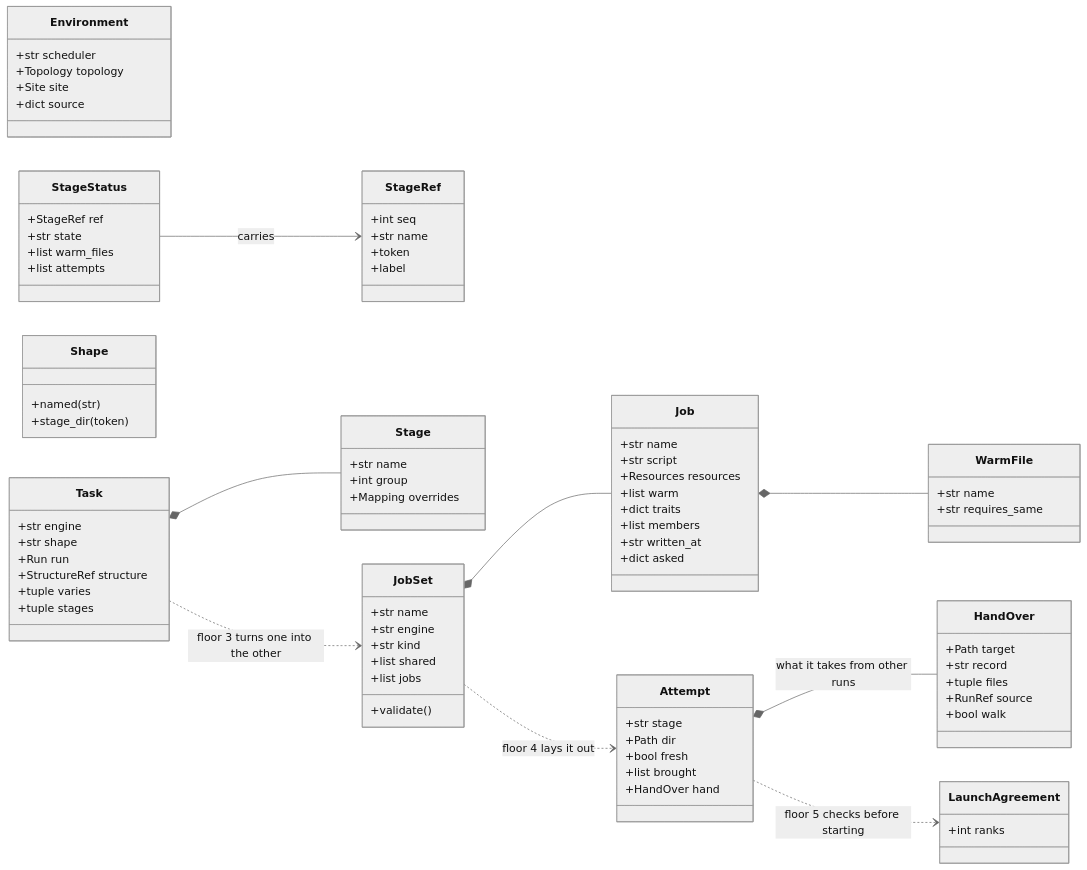
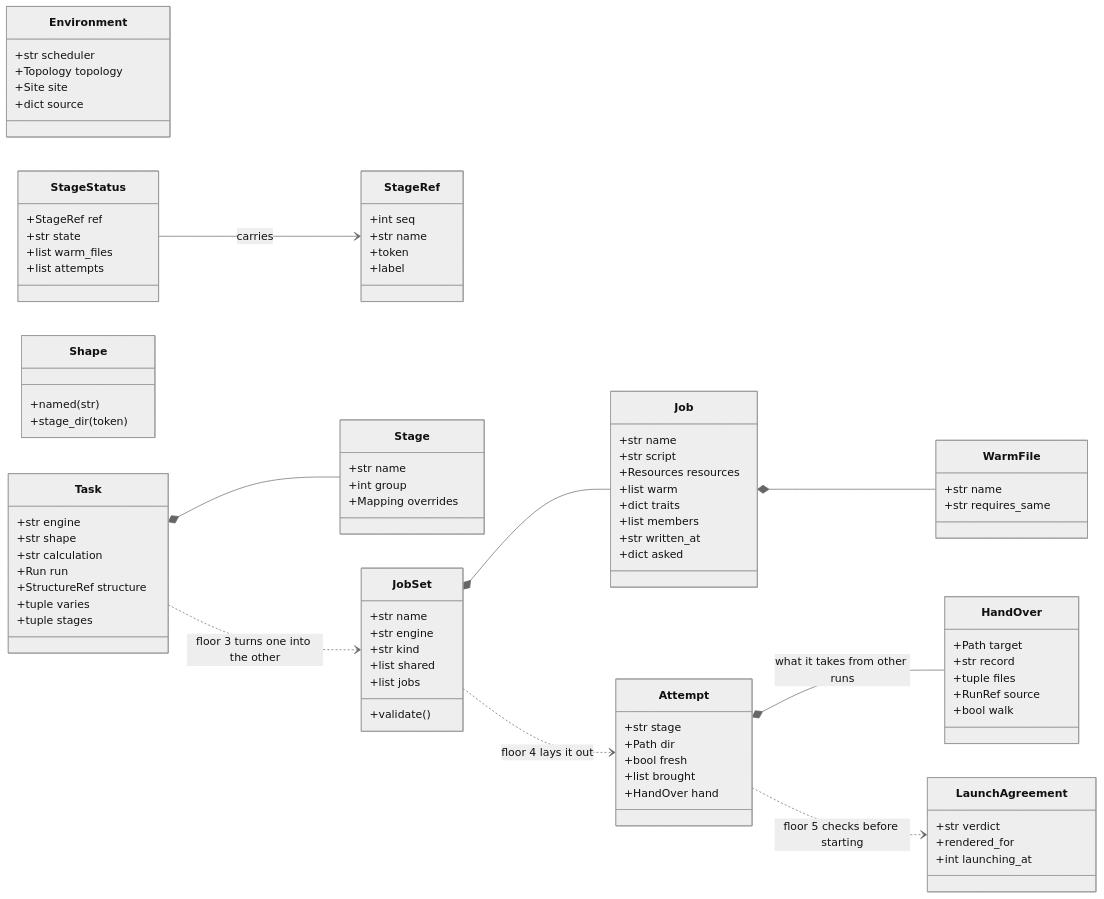
One commit to Qing-LAB/molbuilder changed the third of 10 diagrams in docs/execution/architecture.md. Above: the diagram before and after it, drawn with Mermaid (neutral theme). The commit also changed other lines of this file and 54 other files, not shown here.

```diff
--- a/docs/execution/architecture.md
+++ b/docs/execution/architecture.md
@@ -298,6 +303,7 @@
     class Task {
       +str engine
       +str shape
+      +str calculation
       +Run run
       +StructureRef structure
       +tuple varies
@@ -349,7 +355,9 @@
       +bool walk
     }
     class LaunchAgreement {
-      +int ranks
+      +str verdict
+      +rendered_for
+      +int launching_at
     }
     class StageStatus {
       +StageRef ref
```
